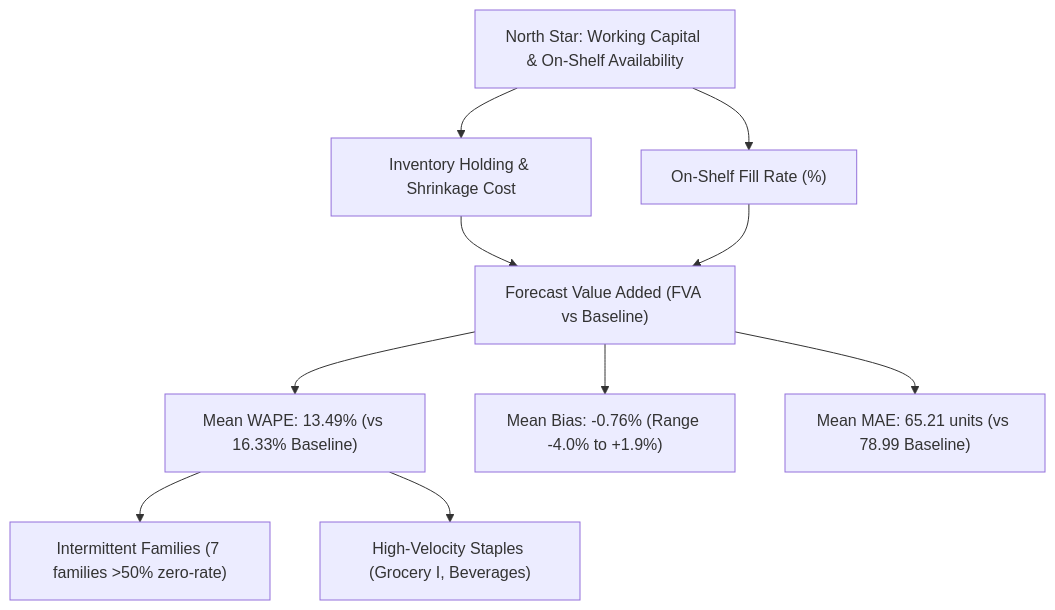
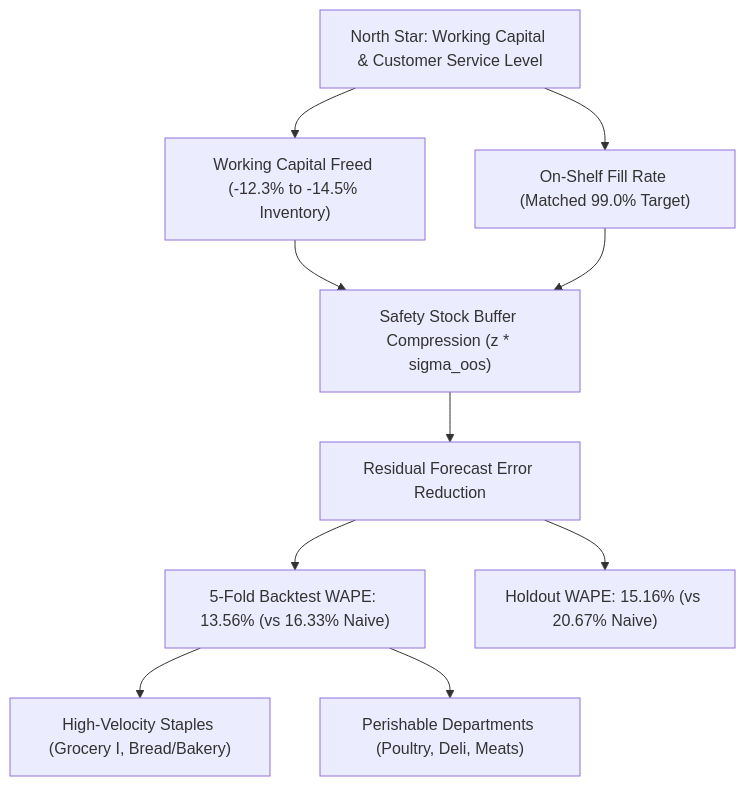
The diagram in docs/PRODUCT_BRIEF.md (lazycoder52/grocery-demand-planner), drawn with Mermaid before and after one commit. The commit also changed other lines of this file, not shown here.

````diff
--- a/docs/PRODUCT_BRIEF.md
+++ b/docs/PRODUCT_BRIEF.md
@@ -41,12 +41,12 @@
 ```mermaid
 graph TD
-    A["North Star: Working Capital & On-Shelf Availability"] --> B["Inventory Holding & Shrinkage Cost"]
-    A --> C["On-Shelf Fill Rate (%)"]
-    B --> D["Forecast Value Added (FVA vs Baseline)"]
+    A["North Star: Working Capital & Customer Service Level"] --> B["Working Capital Freed (-12.3% to -14.5% Inventory)"]
+    A --> C["On-Shelf Fill Rate (Matched 99.0% Target)"]
+    B --> D["Safety Stock Buffer Compression (z * sigma_oos)"]
     C --> D
-    D --> E["Mean WAPE: 13.49% (vs 16.33% Baseline)"]
-    D --> F["Mean Bias: -0.76% (Range -4.0% to +1.9%)"]
-    D --> G["Mean MAE: 65.21 units (vs 78.99 Baseline)"]
-    E --> H["Intermittent Families (7 families >50% zero-rate)"]
-    E --> I["High-Velocity Staples (Grocery I, Beverages)"]
+    D --> E["Residual Forecast Error Reduction"]
+    E --> F["5-Fold Backtest WAPE: 13.56% (vs 16.33% Naive)"]
+    E --> G["Holdout WAPE: 15.16% (vs 20.67% Naive)"]
+    F --> H["High-Velocity Staples (Grocery I, Bread/Bakery)"]
+    F --> I["Perishable Departments (Poultry, Deli, Meats)"]
 ```
````
